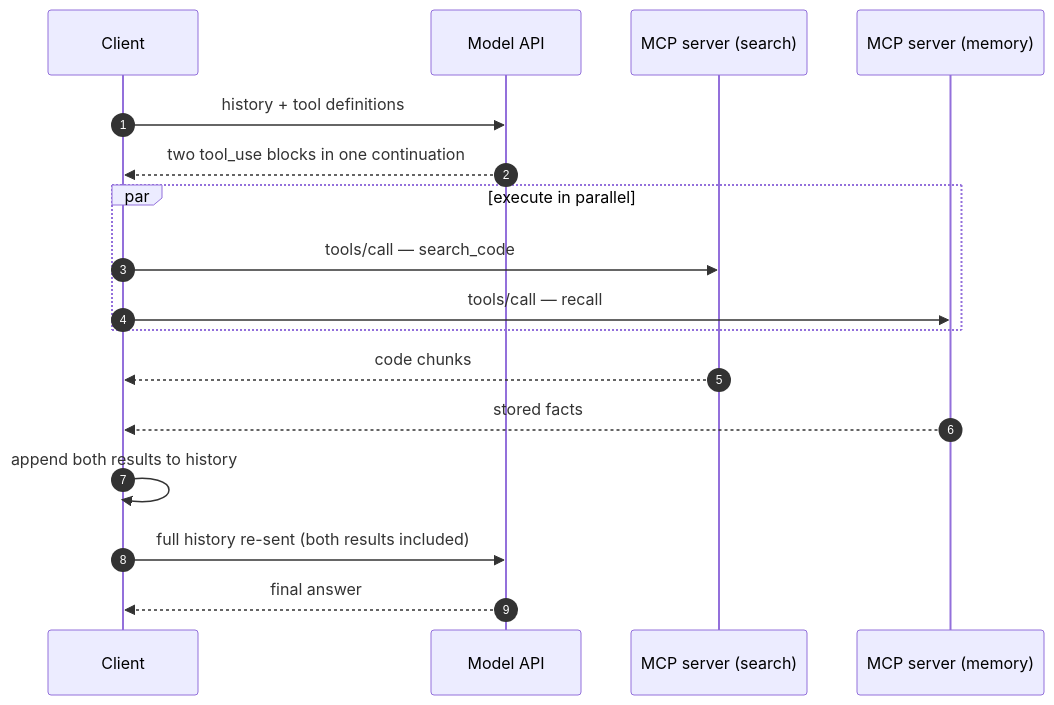
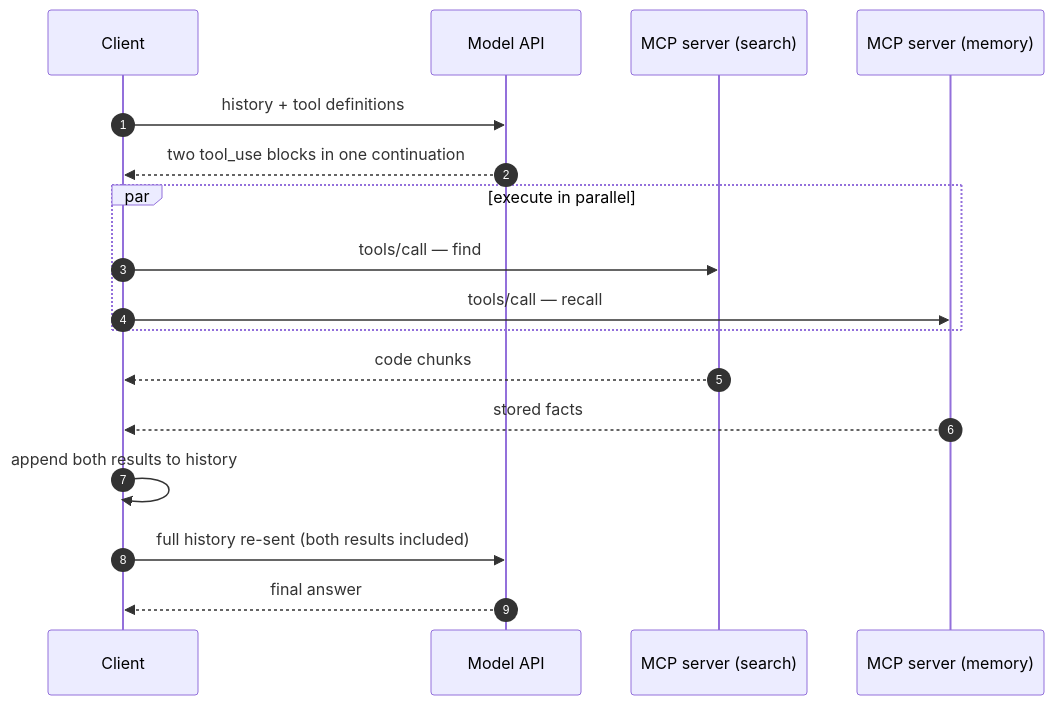
The third of 3 diagrams in docs/part4-agents/agent-loop.md (nitinpawar28/AI-learn), drawn with Mermaid before and after one commit. The commit also changed other lines of this file and 29 other files, not shown here.

````diff
--- a/docs/part4-agents/agent-loop.md
+++ b/docs/part4-agents/agent-loop.md
@@ -151,20 +151,20 @@
 ```mermaid
 sequenceDiagram
     autonumber
     participant C as Client
     participant M as Model API
     participant S1 as MCP server (search)
     participant S2 as MCP server (memory)
 
     C->>M: history + tool definitions
     M-->>C: two tool_use blocks in one continuation
     par execute in parallel
-        C->>S1: tools/call — search_code
+        C->>S1: tools/call — find
         C->>S2: tools/call — recall
     end
     S1-->>C: code chunks
     S2-->>C: stored facts
     C->>C: append both results to history
     C->>M: full history re-sent (both results included)
     M-->>C: final answer
 ```
````
